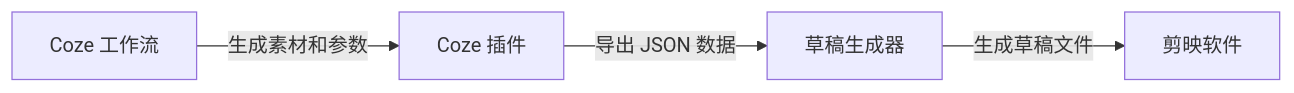
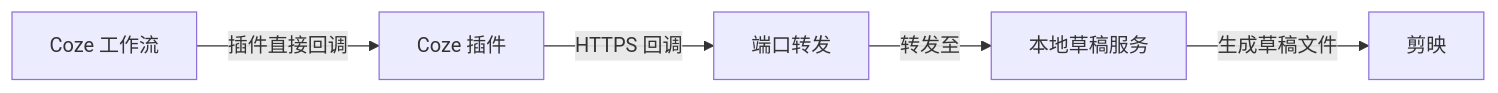
The third of 3 diagrams in README.md (Gardene-el/Coze2JianYing), drawn with Mermaid before and after one commit. The commit also changed other lines of this file and 2 other files, not shown here.

Commit message:
:art: feat: 添加 FUNDING.yml 文件和剪映小助手截图

````diff
--- a/README.md
+++ b/README.md
@@ -395,6 +46,7 @@
 ```mermaid
 graph LR
-    A[Coze 工作流] -->|生成素材和参数| B[Coze 插件]
-    B -->|导出 JSON 数据| C[草稿生成器]
-    C -->|生成草稿文件| D[剪映软件]
+    A[Coze 工作流] -->|插件直接回调| B[Coze 插件]
+    B -->|HTTPS 回调| T[端口转发]
+    T -->|转发至| C[本地草稿服务]
+    C -->|生成草稿文件| D[剪映]
 ```
````
